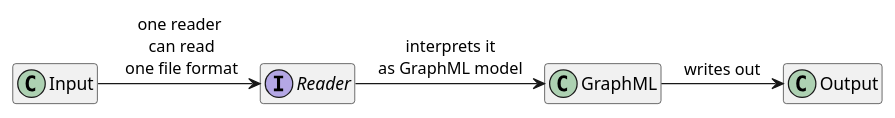
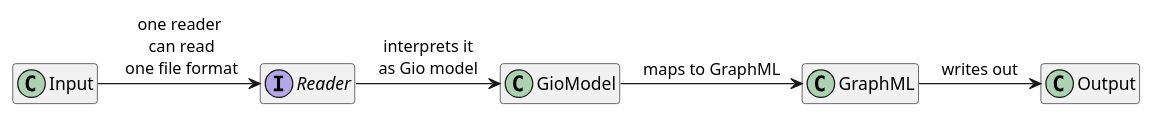
One commit to Calpano/graphinout changed the first of 6 diagrams in architecture.adoc. Above: the diagram before and after it, drawn with PlantUML. The commit also changed other lines of this file, not shown here.

Commit message:
improve architecture doc

```diff
--- a/architecture.adoc
+++ b/architecture.adoc
@@ -7,10 +7,11 @@
 [plantuml,basic-idea,svg]
 ....
 hide empty members
 class Input
 class Output
 interface Reader
 Input -> Reader : one reader\n can read\n one file format
-Reader -> GraphML: interprets it\nas GraphML model
+Reader -> GioModel: interprets it\nas Gio model
+GioModel -> GraphML: maps to GraphML
 GraphML -> Output: writes out
 ....
```
